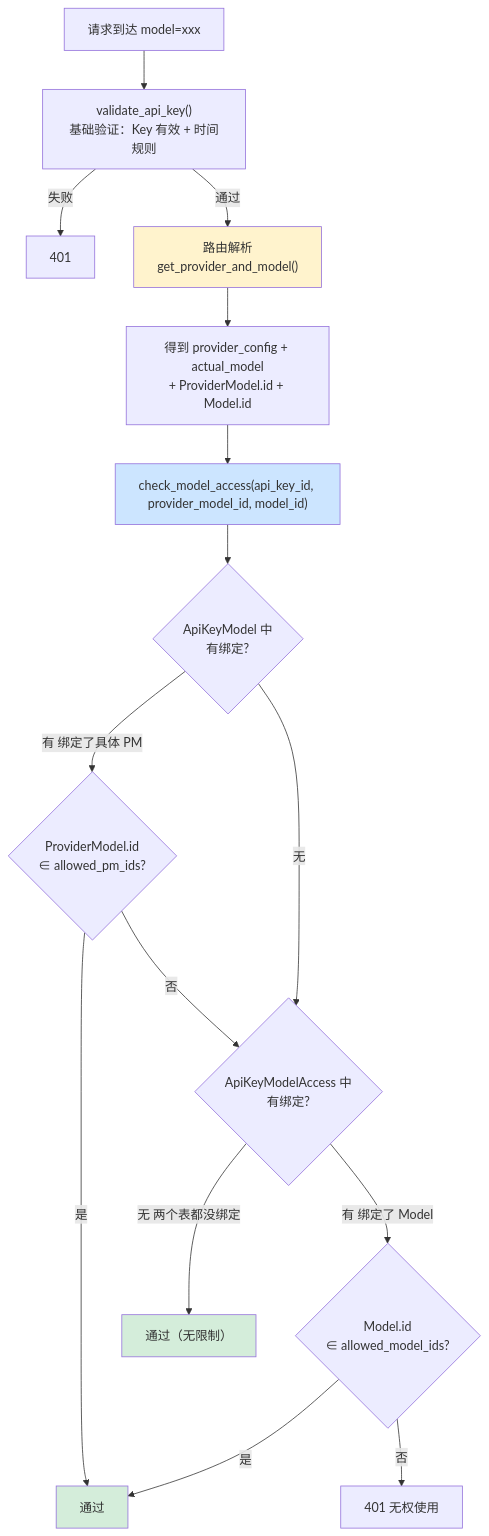
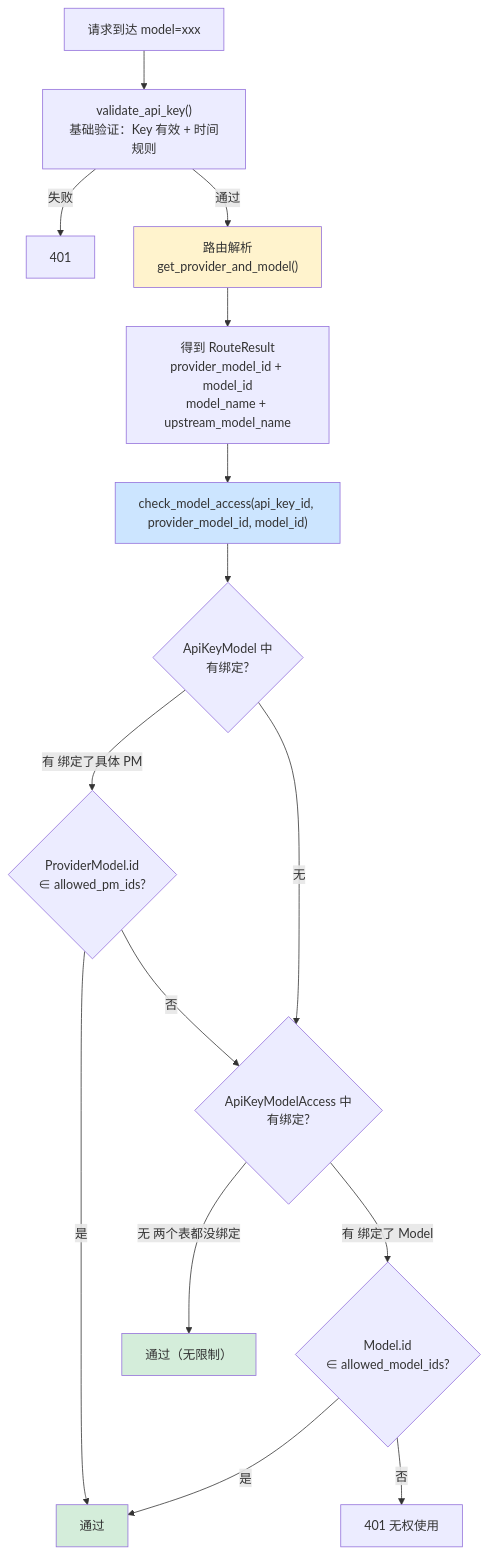
Before and after one commit to minhaozhang/ModelGate: the seventh of 10 diagrams in docs/superpowers/specs/2026-06-13-provider-model-alias-design.md, drawn with Mermaid. The commit also changed other lines of this file and 19 other files, not shown here.

````diff
--- a/docs/superpowers/specs/2026-06-13-provider-model-alias-design.md
+++ b/docs/superpowers/specs/2026-06-13-provider-model-alias-design.md
@@ -284,27 +330,27 @@
 ```mermaid
 flowchart TD
     A["请求到达 model=xxx"] --> B["validate_api_key()<br/>基础验证：Key 有效 + 时间规则"]
     B -->|失败| B_ERR["401"]
 
     B -->|通过| C["路由解析<br/>get_provider_and_model()"]
-    C --> D["得到 provider_config + actual_model<br/>+ ProviderModel.id + Model.id"]
+    C --> D["得到 RouteResult<br/>provider_model_id + model_id<br/>model_name + upstream_model_name"]
 
     D --> E["check_model_access(api_key_id, provider_model_id, model_id)"]
 
     E --> F{ApiKeyModel 中<br/>有绑定?}
     F -->|有 绑定了具体 PM| G{ProviderModel.id<br/>∈ allowed_pm_ids?}
     G -->|是| PASS["通过"]
     G -->|否| H
 
     F -->|无| H{ApiKeyModelAccess 中<br/>有绑定?}
     H -->|有 绑定了 Model| I{Model.id<br/>∈ allowed_model_ids?}
     I -->|是| PASS
     I -->|否| J_ERR["401 无权使用"]
 
     H -->|无 两个表都没绑定| PASS2["通过（无限制）"]
 
     style C fill:#fff3cd
     style E fill:#cce5ff
     style PASS fill:#d4edda
     style PASS2 fill:#d4edda
 ```
````
